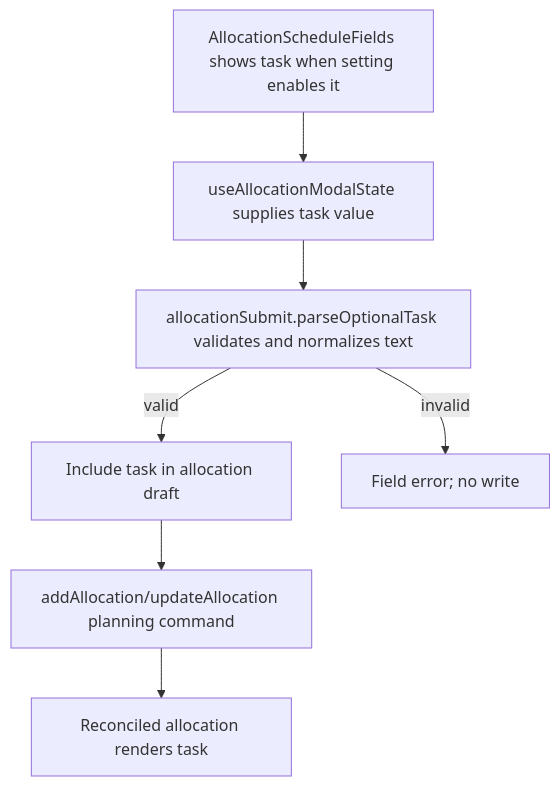
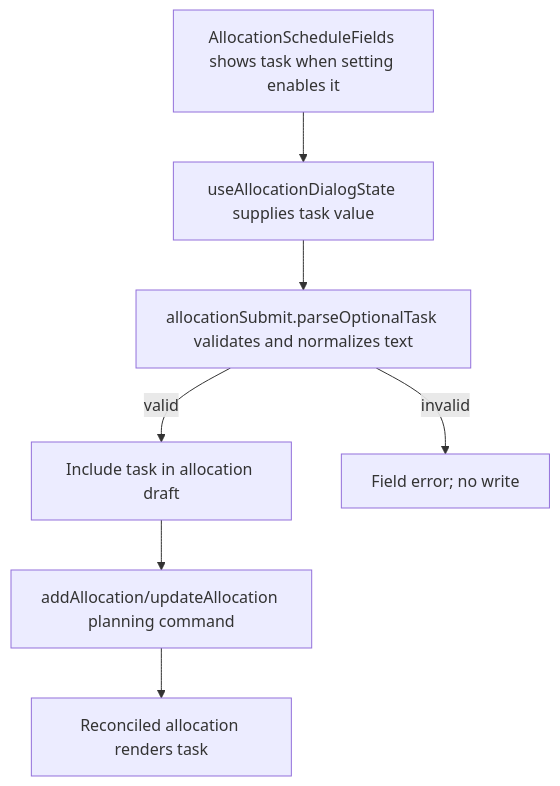
Before and after one commit to Kevinjohn/capacitylens: the second of 2 diagrams in user-stories/allocation/US-ALL-10-task-field.md, drawn with Mermaid. The commit also changed other lines of this file and 47 other files, not shown here.

First line of the commit message:
Allocation dialog: rename allocation modal files and types

````diff
--- a/user-stories/allocation/US-ALL-10-task-field.md
+++ b/user-stories/allocation/US-ALL-10-task-field.md
@@ -36,9 +36,9 @@
 ```mermaid
 flowchart TD
-  A["AllocationScheduleFields shows task when setting enables it"] --> B["useAllocationModalState supplies task value"]
+  A["AllocationScheduleFields shows task when setting enables it"] --> B["useAllocationDialogState supplies task value"]
   B --> C["allocationSubmit.parseOptionalTask validates and normalizes text"]
   C -->|valid| D["Include task in allocation draft"]
   C -->|invalid| E["Field error; no write"]
   D --> F["addAllocation/updateAllocation planning command"]
   F --> G["Reconciled allocation renders task"]
 ```
````
